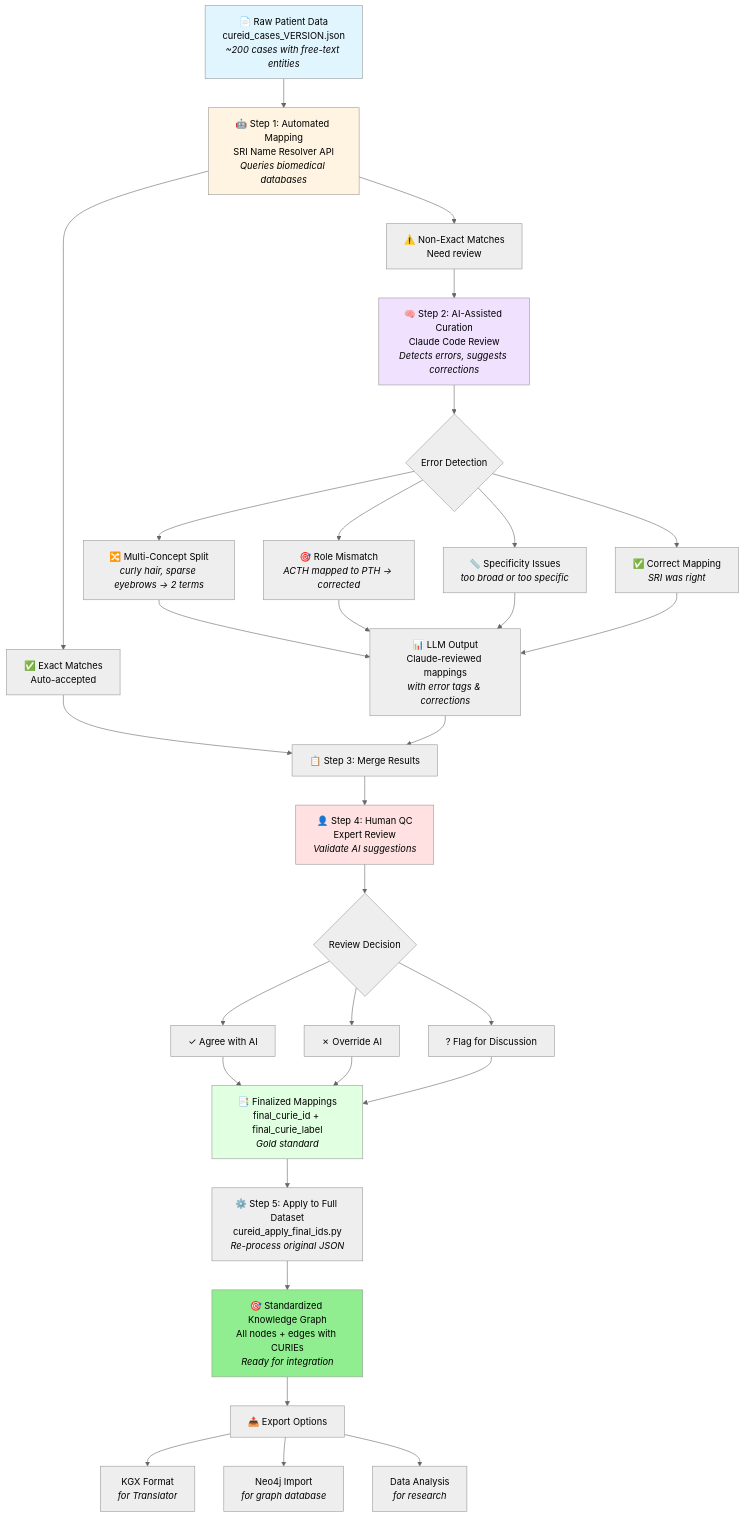
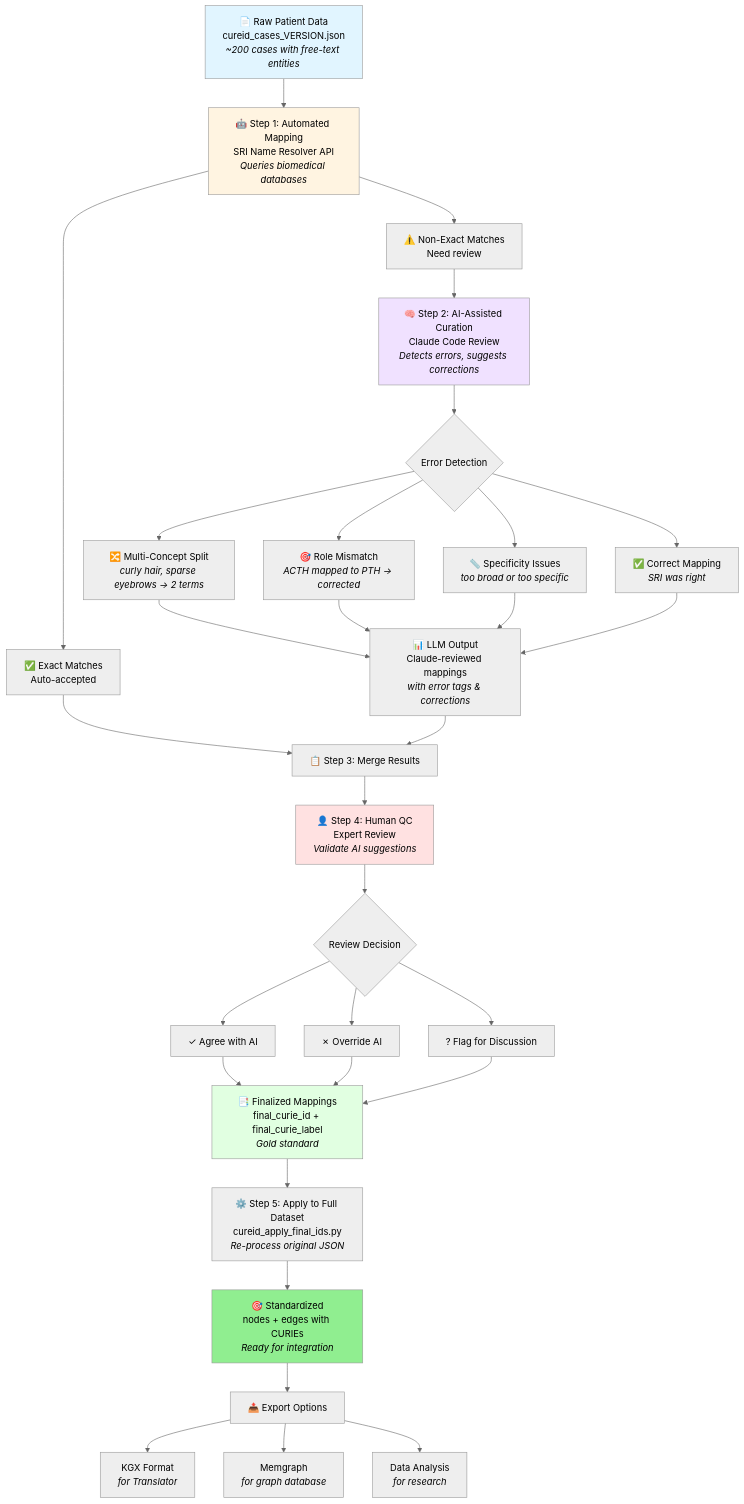
The diagram in entity_resolvers/src/code/ncatsdata/CUREID/PIPELINE_VISUAL.md (ncats/IFX_ODIN), drawn with Mermaid (neutral theme) before and after one commit.

````diff
--- a/entity_resolvers/src/code/ncatsdata/CUREID/PIPELINE_VISUAL.md
+++ b/entity_resolvers/src/code/ncatsdata/CUREID/PIPELINE_VISUAL.md
@@ -12,53 +12,53 @@
 ```mermaid
 flowchart TD
     START[📄 Raw Patient Data<br/>cureid_cases_VERSION.json<br/><i>~200 cases with free-text entities</i>] --> SRI
     
     SRI[🤖 Step 1: Automated Mapping<br/>SRI Name Resolver API<br/><i>Queries biomedical databases</i>]
     
     SRI --> EXACT[✅ Exact Matches<br/>Auto-accepted]
     SRI --> NONEXACT[⚠️ Non-Exact Matches<br/>Need review]
     
     NONEXACT --> LLM[🧠 Step 2: AI-Assisted Curation<br/>Claude Code Review<br/><i>Detects errors, suggests corrections</i>]
     
     LLM --> ERRORS{Error Detection}
     
     ERRORS --> SPLIT[🔀 Multi-Concept Split<br/><i>curly hair, sparse eyebrows → 2 terms</i>]
     ERRORS --> ROLE[🎯 Role Mismatch<br/><i>ACTH mapped to PTH → corrected</i>]
     ERRORS --> SPEC[📏 Specificity Issues<br/><i>too broad or too specific</i>]
     ERRORS --> KEEP[✅ Correct Mapping<br/><i>SRI was right</i>]
     
     SPLIT --> LLMOUT[📊 LLM Output<br/>Claude-reviewed mappings<br/><i>with error tags & corrections</i>]
     ROLE --> LLMOUT
     SPEC --> LLMOUT
     KEEP --> LLMOUT
     
     EXACT --> MERGE[📋 Step 3: Merge Results]
     LLMOUT --> MERGE
     
     MERGE --> HUMAN[👤 Step 4: Human QC<br/>Expert Review<br/><i>Validate AI suggestions</i>]
     
     HUMAN --> QC{Review Decision}
     QC --> AGREE[✓ Agree with AI]
     QC --> DISAGREE[✗ Override AI]
     QC --> UNSURE[? Flag for Discussion]
     
     AGREE --> FINAL
     DISAGREE --> FINAL[📑 Finalized Mappings<br/>final_curie_id + final_curie_label<br/><i>Gold standard</i>]
     UNSURE --> FINAL
     
     FINAL --> APPLY[⚙️ Step 5: Apply to Full Dataset<br/>cureid_apply_final_ids.py<br/><i>Re-process original JSON</i>]
     
-    APPLY --> OUTPUT[🎯 Standardized Knowledge Graph<br/>All nodes + edges with CURIEs<br/><i>Ready for integration</i>]
+    APPLY --> OUTPUT[🎯 Standardized<br/>nodes + edges with CURIEs<br/><i>Ready for integration</i>]
     
     OUTPUT --> EXPORT[📤 Export Options]
     EXPORT --> KGX[KGX Format<br/><i>for Translator</i>]
-    EXPORT --> NEO4J[Neo4j Import<br/><i>for graph database</i>]
+    EXPORT --> Memgraph[Memgraph<br/><i>for graph database</i>]
     EXPORT --> ANALYSIS[Data Analysis<br/><i>for research</i>]
     
     style START fill:#e1f5ff
     style SRI fill:#fff4e1
     style LLM fill:#f0e1ff
     style HUMAN fill:#ffe1e1
     style FINAL fill:#e1ffe1
     style OUTPUT fill:#90EE90
 ```
````
